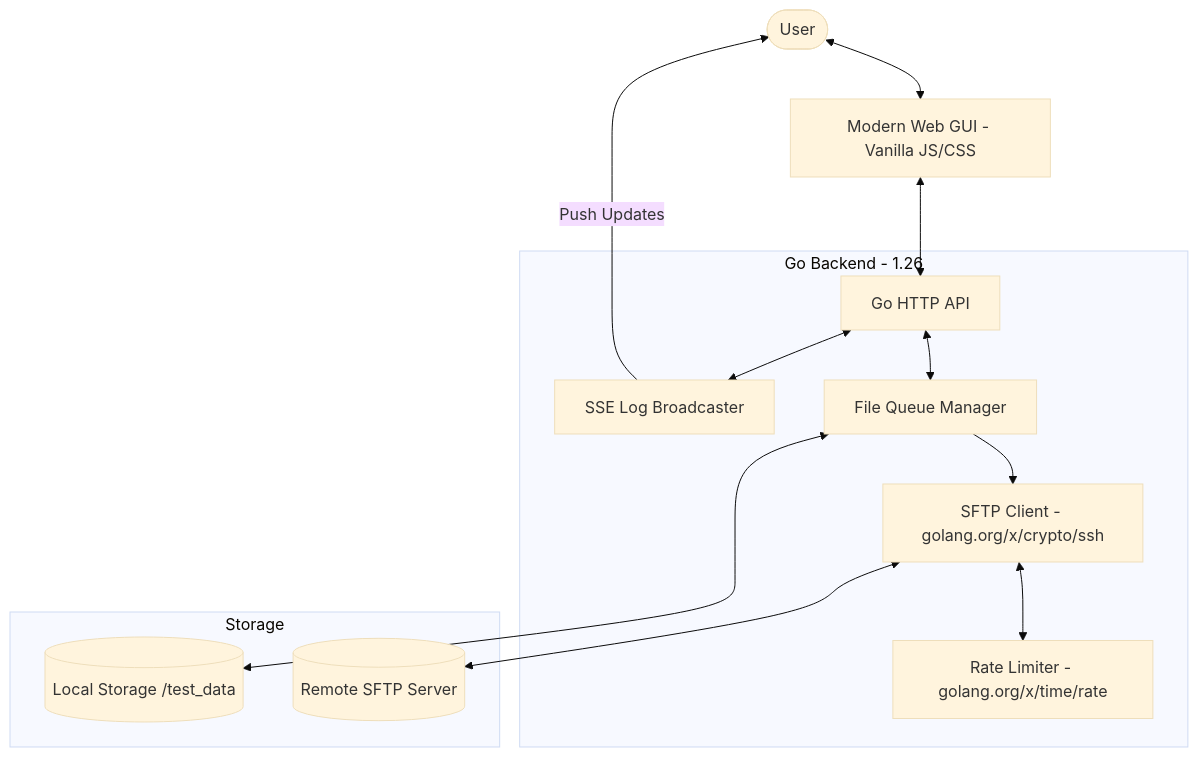
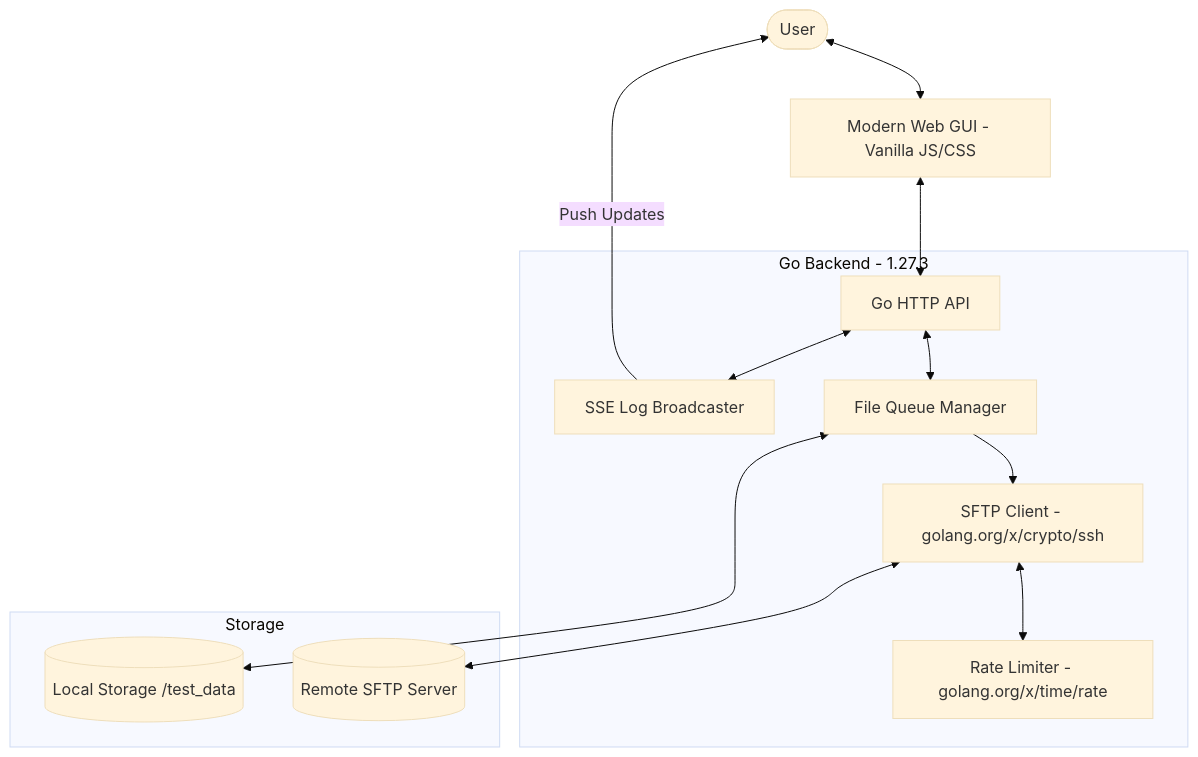
One commit to arumes31/uplarr changed the diagram in README.md. Above: the diagram before and after it, drawn with Mermaid (base theme). The commit also changed other lines of this file and 1 other file, not shown here.

````diff
--- a/README.md
+++ b/README.md
@@ -23,21 +23,21 @@
 ```mermaid
 graph TD
     User([User]) <--> WebGUI[Modern Web GUI - Vanilla JS/CSS]
     WebGUI <--> API[Go HTTP API]
     
-    subgraph Backend [Go Backend - 1.26]
+    subgraph Backend [Go Backend - 1.27.3]
         API <--> Broadcaster[SSE Log Broadcaster]
         API <--> Queue[File Queue Manager]
         Queue --> SFTP[SFTP Client - golang.org/x/crypto/ssh]
         SFTP <--> Limiter[Rate Limiter - golang.org/x/time/rate]
     end
     
     subgraph Storage
         Local[(Local Storage /test_data)]
         Remote[(Remote SFTP Server)]
     end
     
     Queue <--> Local
     SFTP <--> Remote
     Broadcaster -- Push Updates --> User
 ```
````
